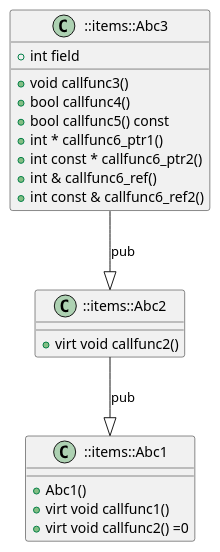
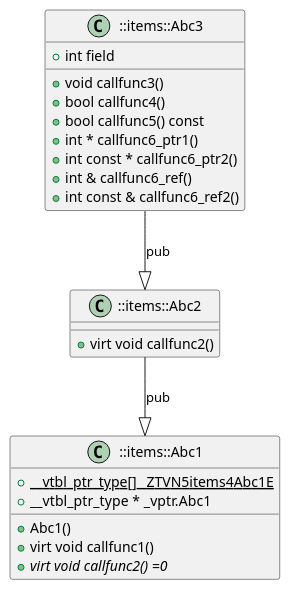
One commit to anetczuk/gcc-uml changed the diagram in examples/inheritgraph/cpp_meths.cpp.puml. Above: the diagram before and after it, drawn with PlantUML. The commit also changed 44 other files, not shown here.

```diff
--- a/examples/inheritgraph/cpp_meths.cpp.puml
+++ b/examples/inheritgraph/cpp_meths.cpp.puml
@@ -1,27 +1,29 @@
 @startuml
 
 class "::items::Abc3" as item_0 {
     {field} + int field
     {method} + void callfunc3() 
     {method} + bool callfunc4() 
     {method} + bool callfunc5() const
     {method} + int * callfunc6_ptr1() 
     {method} + int const * callfunc6_ptr2() 
     {method} + int & callfunc6_ref() 
     {method} + int const & callfunc6_ref2() 
 }
 class "::items::Abc2" as item_1 {
     {method} +virt void callfunc2() 
 }
 class "::items::Abc1" as item_2 {
+    {field} {static} + __vtbl_ptr_type[] _ZTVN5items4Abc1E
+    {field} + __vtbl_ptr_type * _vptr.Abc1
     {method} +  Abc1() 
     {method} +virt void callfunc1() 
-    {method} +virt void callfunc2() =0
+    {method} {abstract} +virt void callfunc2() =0
 }
 
 ' ::items::Abc3 --|> ::items::Abc2
 item_0 --|> item_1: "pub"
 ' ::items::Abc2 --|> ::items::Abc1
 item_1 --|> item_2: "pub"
 
 @enduml
```
